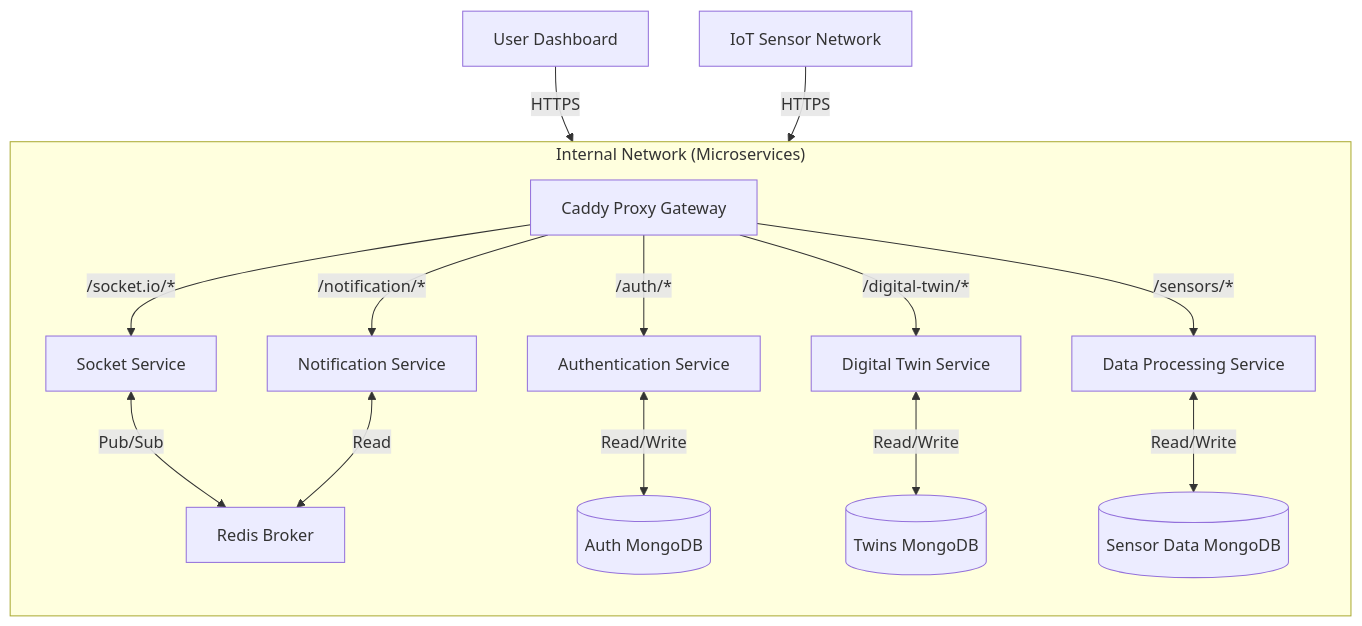
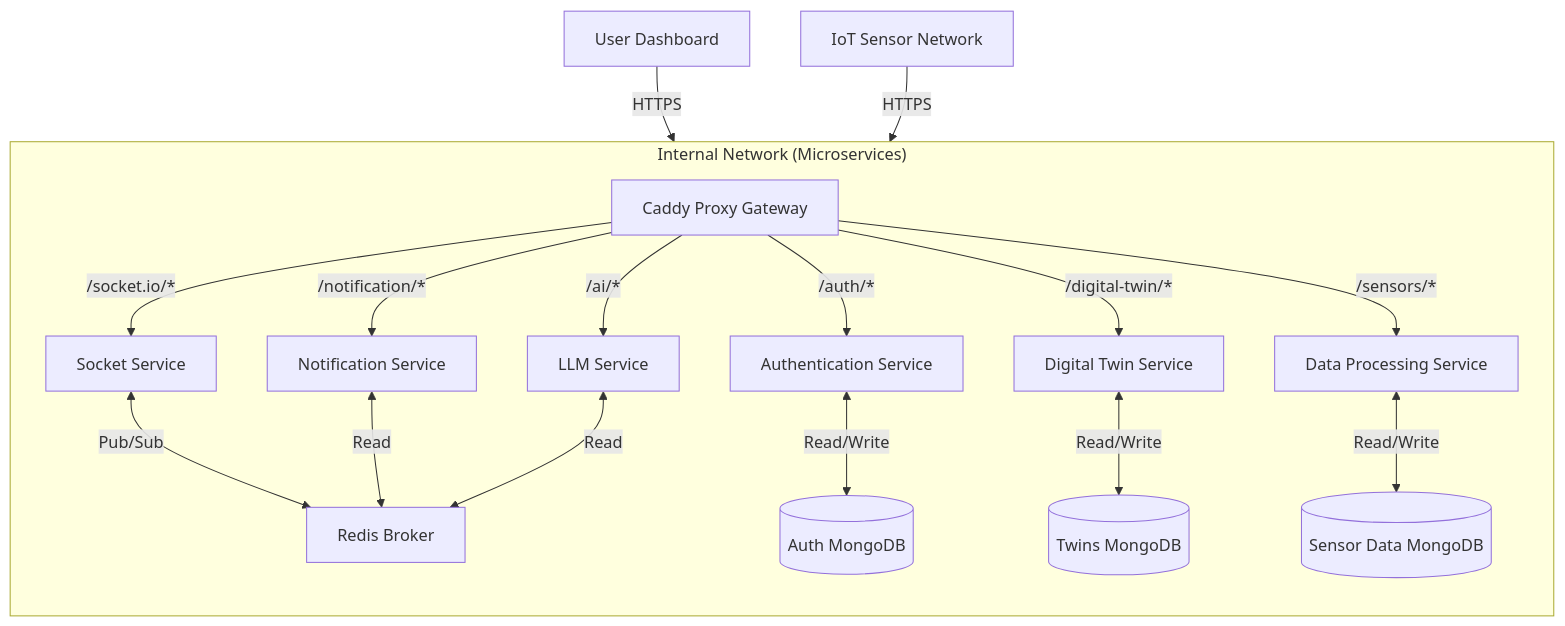
The diagram in dev-docs/architecture.md (NickGhignatti/crowd-vision), drawn with Mermaid before and after one commit. The commit also changed other lines of this file and 112 other files, not shown here.

````diff
--- a/dev-docs/architecture.md
+++ b/dev-docs/architecture.md
@@ -18,21 +19,24 @@
 ```mermaid
 graph TD
     User[User Dashboard] -->|HTTPS| Proxy[Caddy Proxy Gateway]
     Sensors[IoT Sensor Network] -->|HTTPS| Proxy
     
     subgraph "Internal Network (Microservices)"
         direction TB
         Proxy -->|/auth/*| Auth[Authentication Service]
         Proxy -->|/digital-twin/*| Twins[Digital Twin Service]
         Proxy -->|/sensors/*| Data[Data Processing Service]
         Proxy -->|/socket.io/*| Socket[Socket Service]
         Proxy -->|/notification/*| Notify[Notification Service]
         
         Socket <-->|Pub/Sub| Redis[Redis Broker]
         Notify <-->|Read| Redis
         
         Auth <-->|Read/Write| AuthDB[(Auth MongoDB)]
         Twins <-->|Read/Write| TwinsDB[(Twins MongoDB)]
         Data <-->|Read/Write| DataDB[(Sensor Data MongoDB)]
+        
+        Proxy -->|/ai/*| LLM[LLM Service]
+        LLM <-->|Read| Redis
     end
 ```
````
